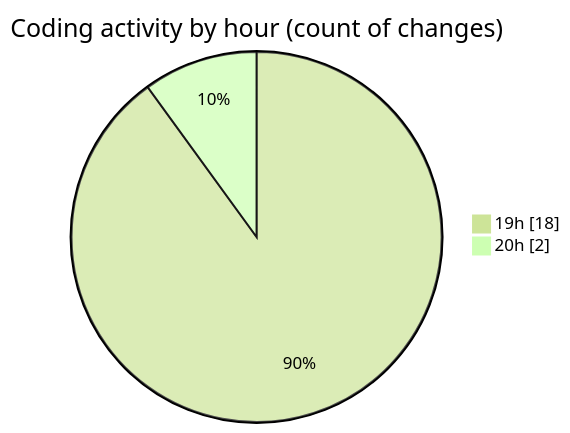
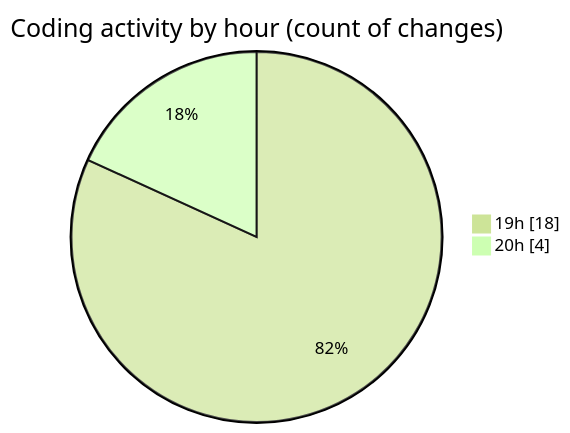
Before and after one commit to Elitesun/code-tracking: the second of 2 diagrams in 2025-02-05/react_ecom/README.md, drawn with Mermaid (forest theme). The commit also changed other lines of this file and 1 other file, not shown here.

````diff
--- a/2025-02-05/react_ecom/README.md
+++ b/2025-02-05/react_ecom/README.md
@@ -36,6 +36,6 @@
 ```mermaid
 pie showData
 title Coding activity by hour (count of changes)
 "19h" : 18
-"20h" : 2
+"20h" : 4
 ```
````
